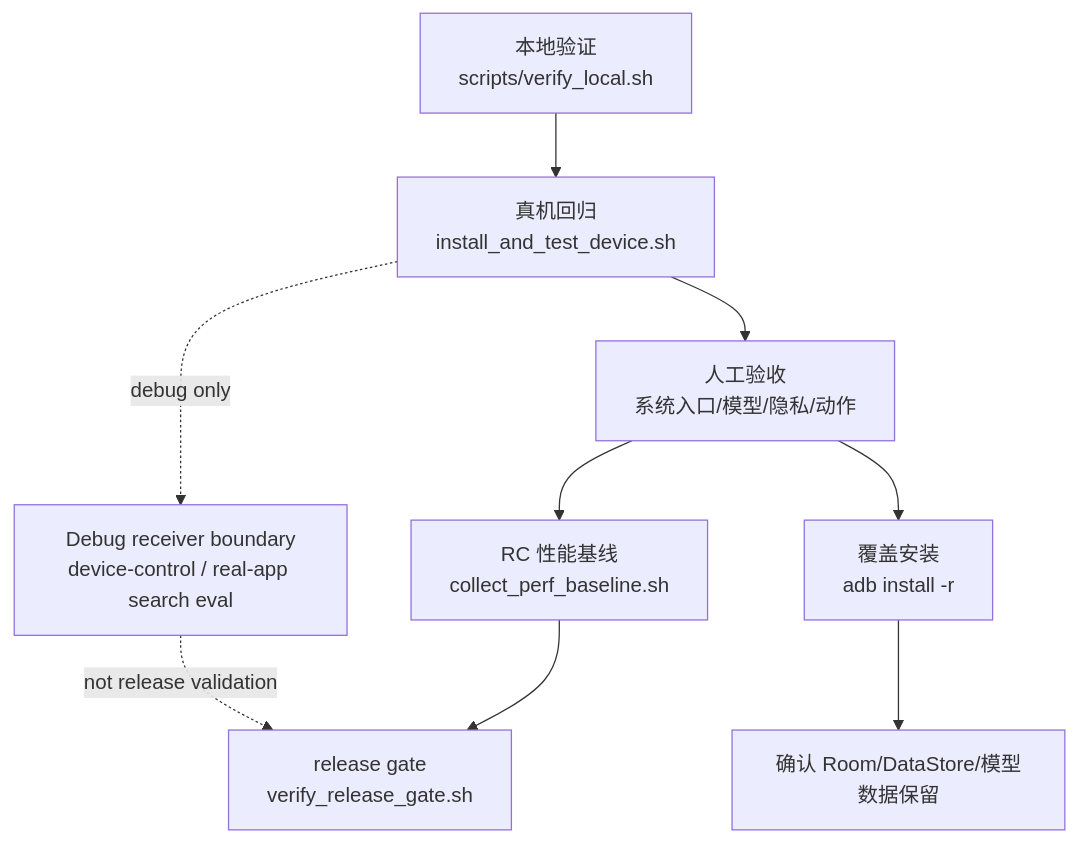
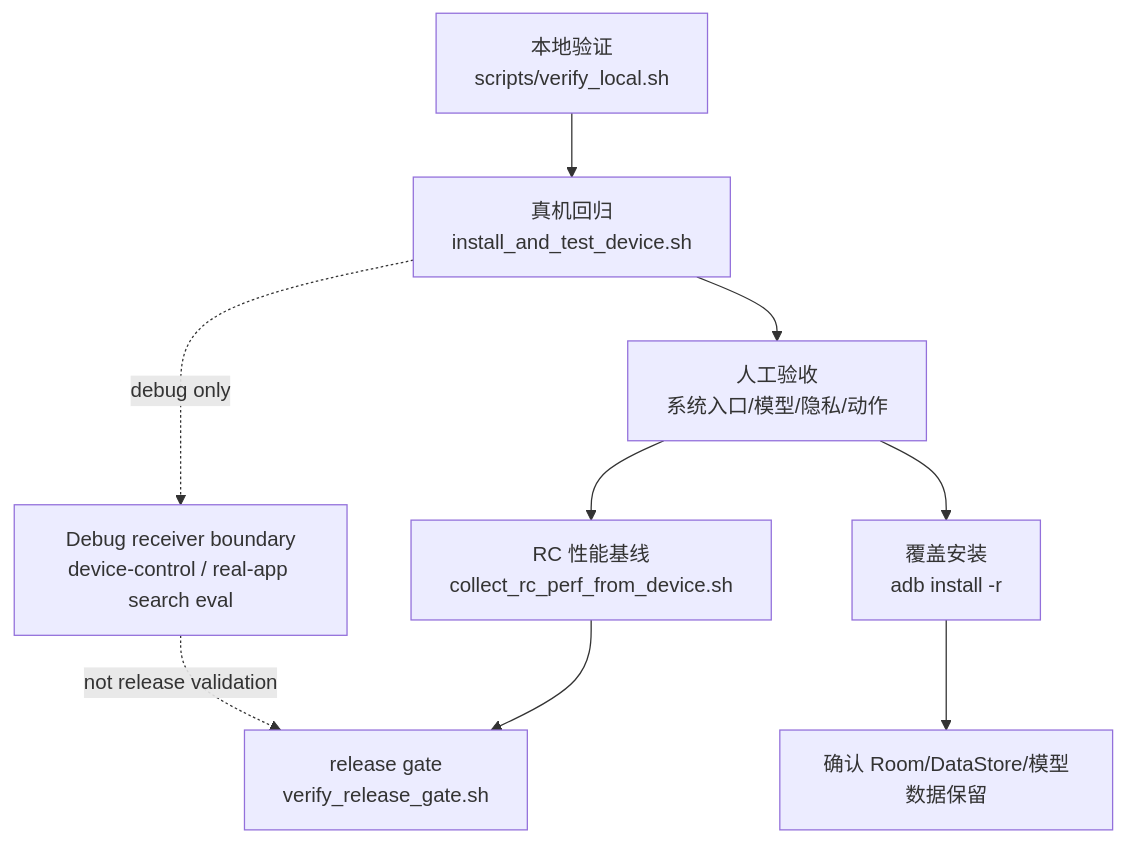
The diagram in docs/phone_acceptance.md (William-zgx/solin-android), drawn with Mermaid before and after one commit. The commit also changed other lines of this file and 20 other files, not shown here.

````diff
--- a/docs/phone_acceptance.md
+++ b/docs/phone_acceptance.md
@@ -14,11 +14,11 @@
 ```mermaid
 flowchart TD
     Local["本地验证\nscripts/verify_local.sh"] --> Device["真机回归\ninstall_and_test_device.sh"]
     Device --> Manual["人工验收\n系统入口/模型/隐私/动作"]
-    Manual --> Perf["RC 性能基线\ncollect_perf_baseline.sh"]
+    Manual --> Perf["RC 性能基线\ncollect_rc_perf_from_device.sh"]
     Perf --> Gate["release gate\nverify_release_gate.sh"]
     Device -.debug only.-> DebugEval["Debug receiver boundary\ndevice-control / real-app search eval"]
     DebugEval -.not release validation.-> Gate
     Manual --> InstallR["覆盖安装\nadb install -r"]
     InstallR --> Preserve["确认 Room/DataStore/模型数据保留"]
 ```
````
